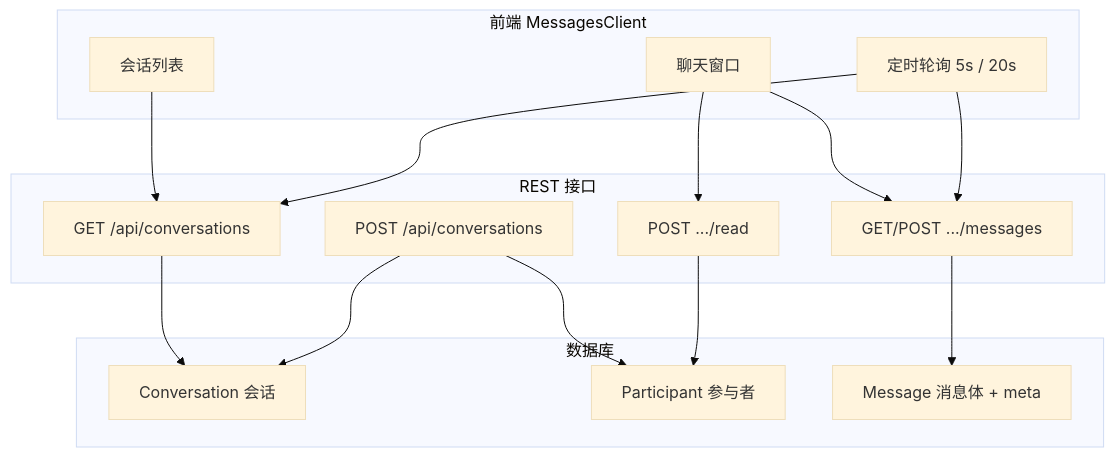
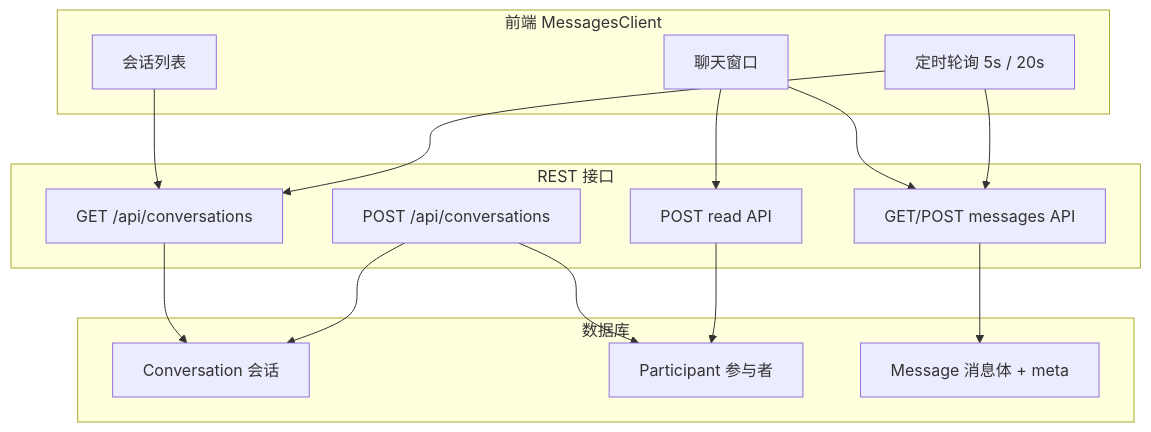
The tenth of 13 diagrams in README.md (FrankDengAI/founder-bridge-AI), drawn with Mermaid before and after one commit. The commit also changed other lines of this file and 75 other files, not shown here.

````diff
--- a/README.md
+++ b/README.md
@@ -993,34 +1229,33 @@
 ```mermaid
-%%{init: {'theme': 'base', 'themeVariables': {'fontSize': '16px'}, 'flowchart': {'nodeSpacing': 45, 'rankSpacing': 55}}}%%
 flowchart TB
   subgraph Client ["前端 MessagesClient"]
     List["会话列表"]
     Chat["聊天窗口"]
     Poll["定时轮询 5s / 20s"]
   end
 
-  subgraph API ["REST 接口"]
+  subgraph RestAPI ["REST 接口"]
     C1["GET /api/conversations"]
     C2["POST /api/conversations"]
-    C3["GET/POST .../messages"]
-    C4["POST .../read"]
+    C3["GET/POST messages API"]
+    C4["POST read API"]
   end
 
   subgraph Store ["数据库"]
     Conv["Conversation 会话"]
     Part["Participant 参与者"]
     Msg["Message 消息体 + meta"]
   end
 
   List --> C1
   Chat --> C3
   Chat --> C4
   Poll --> C1
   Poll --> C3
 
   C1 --> Conv
   C2 --> Conv
   C3 --> Msg
   C2 --> Part
   C4 --> Part
 ```
````
